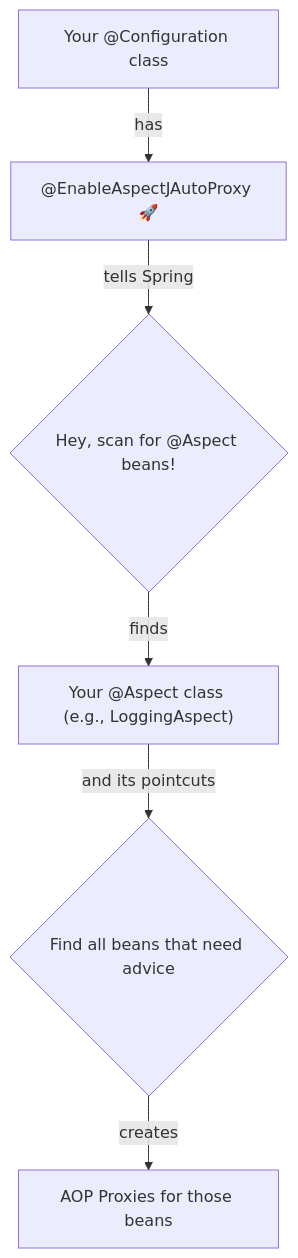
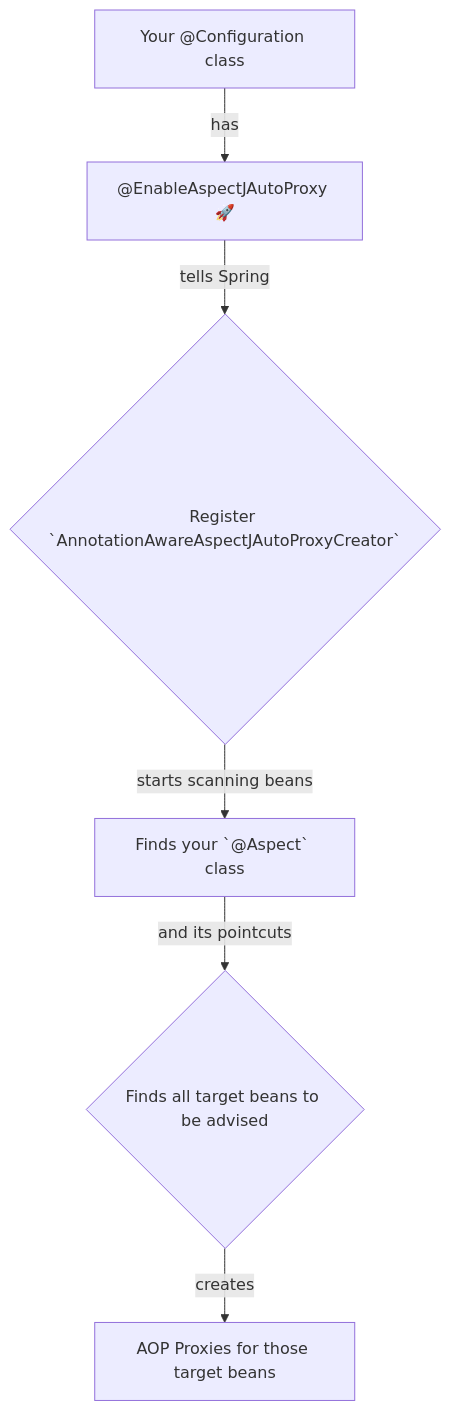
The diagram in Spring-Concepts/02-Core-Technologies/05-Aspect-Oriented-Programming/06-Enabling-AspectJ-Support.md (pdheeraj99/Spring-Guide), drawn with Mermaid before and after one commit. The commit also changed other lines of this file and 7 other files, not shown here.

````diff
--- a/Spring-Concepts/02-Core-Technologies/05-Aspect-Oriented-Programming/06-Enabling-AspectJ-Support.md
+++ b/Spring-Concepts/02-Core-Technologies/05-Aspect-Oriented-Programming/06-Enabling-AspectJ-Support.md
@@ -27,8 +36,8 @@
 ```mermaid
 graph TD
     A["Your @Configuration class"] -- has --> B["@EnableAspectJAutoProxy 🚀"];
-    B -- tells Spring --> C{Hey, scan for @Aspect beans!};
-    C -- finds --> D["Your @Aspect class (e.g., LoggingAspect)"];
-    D -- and its pointcuts --> E{Find all beans that need advice};
-    E -- creates --> F["AOP Proxies for those beans"];
+    B -- tells Spring --> C{Register `AnnotationAwareAspectJAutoProxyCreator`};
+    C -- starts scanning beans --> D["Finds your `@Aspect` class"];
+    D -- and its pointcuts --> E{Finds all target beans to be advised};
+    E -- creates --> F["AOP Proxies for those target beans"];
 ```
````
